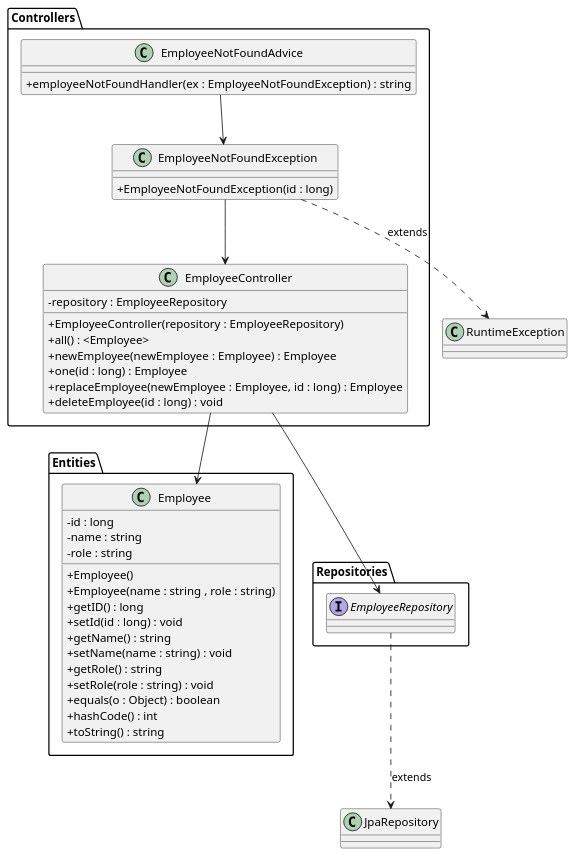
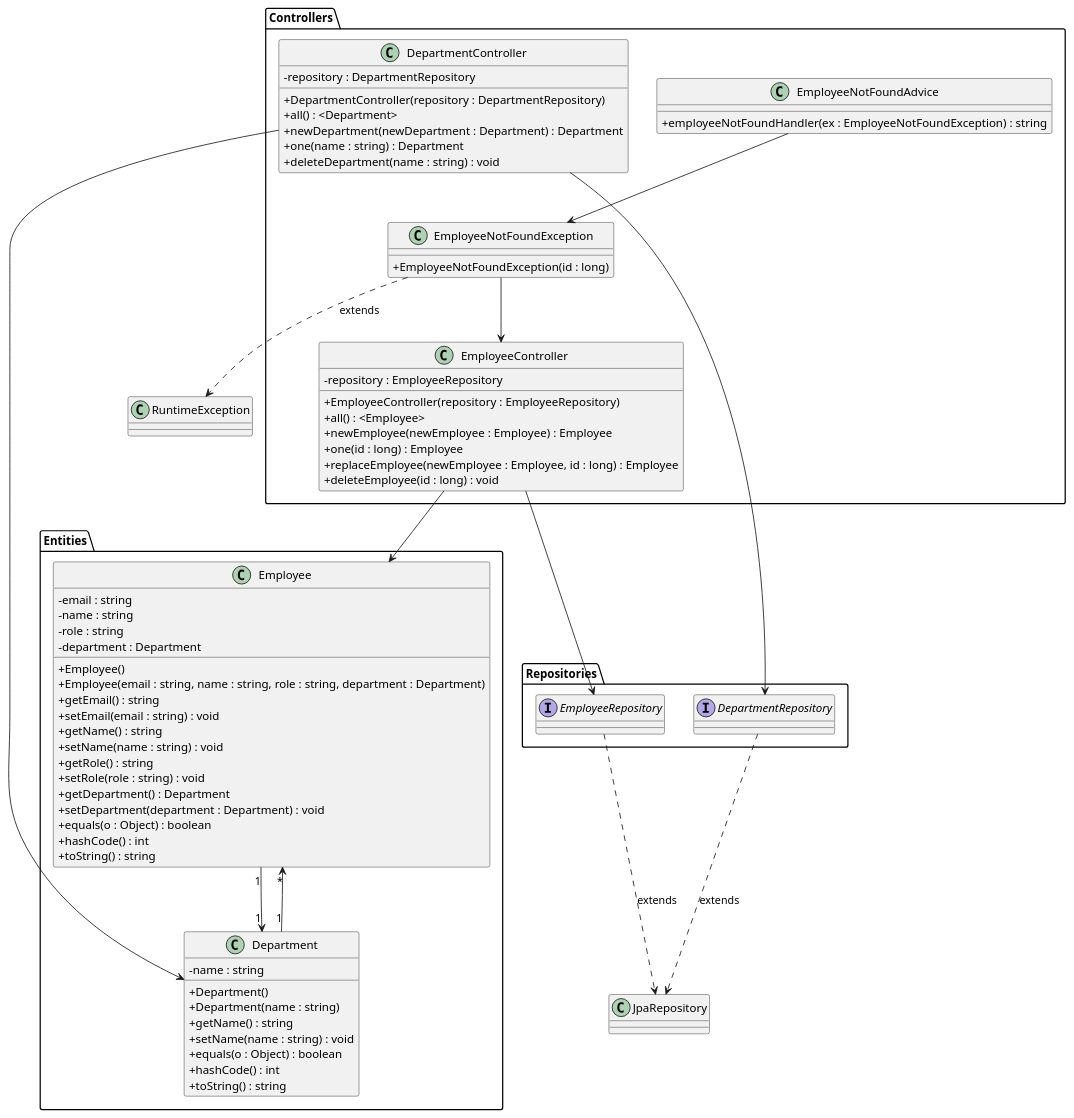
The diagram in src/diagram_class.puml (theomayoraz30/spring-warm-up), drawn with PlantUML before and after one commit.

Commit message:
docs: update class diagram to include Department entity

```diff
--- a/src/diagram_class.puml
+++ b/src/diagram_class.puml
@@ -1,55 +1,89 @@
 @startuml
 skinparam classAttributeIconSize 0
+
 package Controllers {
 
     class EmployeeController {
         - repository : EmployeeRepository
         + EmployeeController(repository : EmployeeRepository)
         + all() : <Employee>
         + newEmployee(newEmployee : Employee) : Employee
         + one(id : long) : Employee
         + replaceEmployee(newEmployee : Employee, id : long) : Employee
         + deleteEmployee(id : long) : void
     }
 
     class EmployeeNotFoundAdvice {
         + employeeNotFoundHandler(ex : EmployeeNotFoundException) : string
     }
 
     class EmployeeNotFoundException {
         + EmployeeNotFoundException(id : long)
     }
+
+    class DepartmentController {
+        - repository : DepartmentRepository
+        + DepartmentController(repository : DepartmentRepository)
+        + all() : <Department>
+        + newDepartment(newDepartment : Department) : Department
+        + one(name : string) : Department
+        + deleteDepartment(name : string) : void
+    }
 }
 
 package Entities {
     class Employee {
-        - id : long
+        - email : string
         - name : string
         - role : string
+        - department : Department
         + Employee()
-        + Employee(name : string , role : string)
-        + getID() : long
-        + setId(id : long) : void
+        + Employee(email : string, name : string, role : string, department : Department)
+        + getEmail() : string
+        + setEmail(email : string) : void
         + getName() : string
         + setName(name : string) : void
         + getRole() : string
         + setRole(role : string) : void
+        + getDepartment() : Department
+        + setDepartment(department : Department) : void
+        + equals(o : Object) : boolean
+        + hashCode() : int
+        + toString() : string
+    }
+
+    class Department {
+        - name : string
+        + Department()
+        + Department(name : string)
+        + getName() : string
+        + setName(name : string) : void
         + equals(o : Object) : boolean
         + hashCode() : int
         + toString() : string
     }
 }
 
 package Repositories {
     interface EmployeeRepository {
+    }
+
+    interface DepartmentRepository {
     }
 }
 
 EmployeeController --> EmployeeRepository
 EmployeeController --> Employee
 EmployeeNotFoundAdvice --> EmployeeNotFoundException
 EmployeeNotFoundException --> EmployeeController
 EmployeeRepository ..> JpaRepository : extends
 EmployeeNotFoundException ..> RuntimeException : extends
 
+DepartmentController --> DepartmentRepository
+DepartmentController --> Department
+DepartmentRepository ..> JpaRepository : extends
+
+Employee "1" --> "1" Department
+Department "1" --> "*" Employee
+
 @enduml
```
